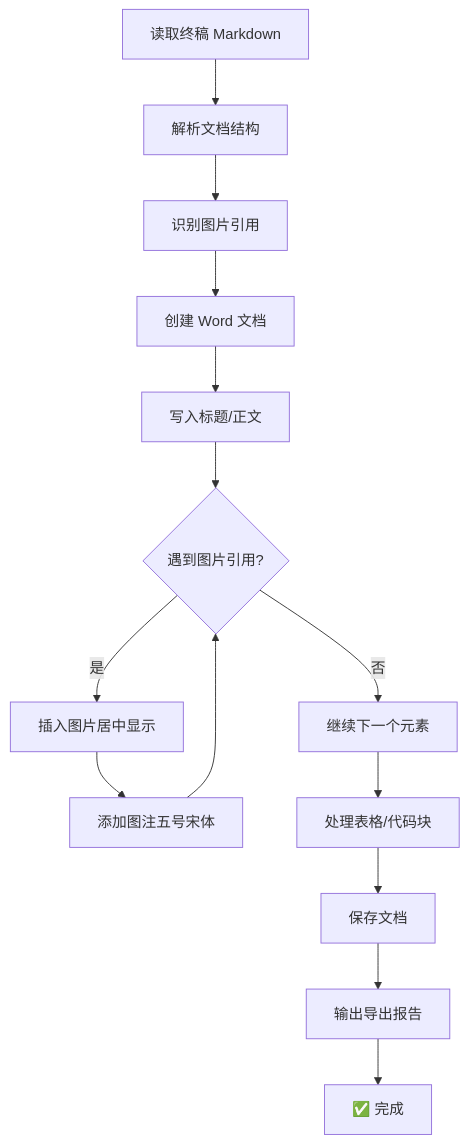
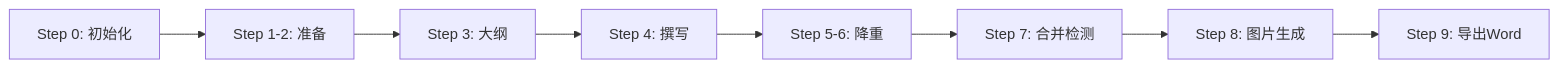
One commit to Stars-OC/thesis-creator changed the diagram in SKILL.md. Above: the diagram before and after it, drawn with Mermaid. The commit also changed other lines of this file and 25 other files, not shown here.

````diff
--- a/SKILL.md
+++ b/SKILL.md
@@ -614,16 +38,10 @@
 ```mermaid
-flowchart TD
-    A[读取终稿 Markdown] --> B[解析文档结构]
-    B --> C[识别图片引用]
-    C --> D[创建 Word 文档]
-    D --> E[写入标题/正文]
-    E --> F{遇到图片引用?}
-    F -->|是| G[插入图片居中显示]
-    G --> H[添加图注五号宋体]
-    H --> F
-    F -->|否| I[继续下一个元素]
-    I --> J[处理表格/代码块]
-    J --> K[保存文档]
-    K --> L[输出导出报告]
-    L --> M[✅ 完成]
+flowchart LR
+    A[Step 0: 初始化] --> B[Step 1-2: 准备]
+    B --> C[Step 3: 大纲]
+    C --> D[Step 4: 撰写]
+    D --> E[Step 5-6: 降重]
+    E --> F[Step 7: 合并检测]
+    F --> G[Step 8: 图片生成]
+    G --> H[Step 9: 导出Word]
 ```
````
